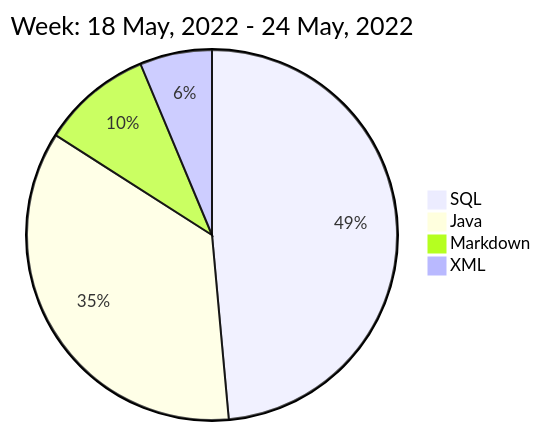
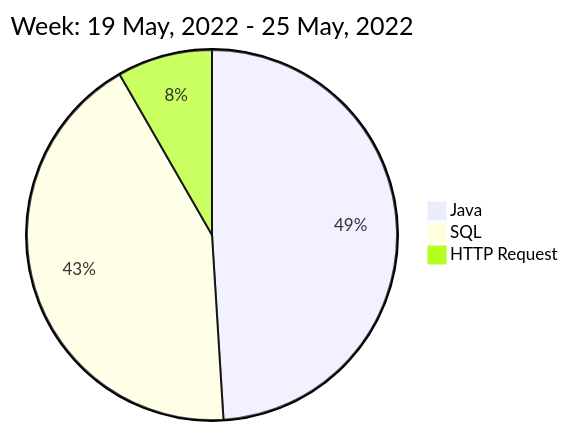
Before and after one commit to liubin95/liubin95: the diagram in README.md, drawn with Mermaid.

Commit message:
Updated the Graph with new Metrics

````diff
--- a/README.md
+++ b/README.md
@@ -40,8 +40,7 @@
 ```mermaid
  pie
-title Week: 18 May, 2022 - 24 May, 2022
- "SQL" : 7.55
- "Java" : 5.52
- "Markdown" : 1.5
- "XML" : 0.98
+title Week: 19 May, 2022 - 25 May, 2022
+ "Java" : 7.67
+ "SQL" : 6.68
+ "HTTP Request" : 1.3
 ```
````
